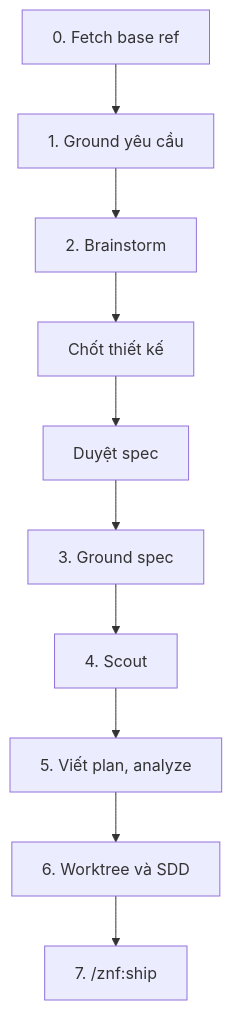
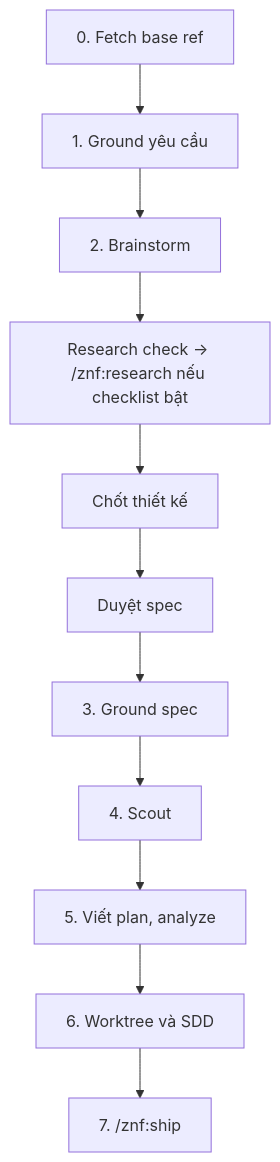
Before and after one commit to ZenifyAIContactCenter/zenify-kit: the diagram in website/workflows/cook.md, drawn with Mermaid. The commit also changed other lines of this file and 2 other files, not shown here.

Commit message:
docs(website): release-cut checklist, wire znf:research into cook and workflow pages
guides/release.md gains a "Cắt release cho zenify-kit" section: list
feat/fix since the last tag, close every docs gap before tagging,
docs gen --check + docs:build green, minor vs patch numbering, tag
push, 7 release assets, teammate upgrade. Mirrors the new store rule
kit-release-docs.

workflows/cook.md step 2 said "Brainstorm 9 bước"; brainstorming has 11
steps since the Research check landed (PR #126) — row and diagram now
name the Research check and /znf:research. workflows/index.md lists
/znf:research in the standalone-skills table; before this the skill was
reachable only from its concept page.

````diff
--- a/website/workflows/cook.md
+++ b/website/workflows/cook.md
@@ -46,14 +46,15 @@
 ```mermaid
 flowchart TD
   A["0. Fetch base ref"] --> B["1. Ground yêu cầu"]
   B --> C["2. Brainstorm"]
-  C --> D["Chốt thiết kế"]
+  C --> C2["Research check → /znf:research nếu checklist bật"]
+  C2 --> D["Chốt thiết kế"]
   D --> E["Duyệt spec"]
   E --> F["3. Ground spec"]
   F --> G["4. Scout"]
   G --> H["5. Viết plan, analyze"]
   H --> I["6. Worktree và SDD"]
   I --> J["7. /znf:ship"]
-  class A,B,C,F,G,H,I,J action
+  class A,B,C,C2,F,G,H,I,J action
   class D,E user
 ```
````
